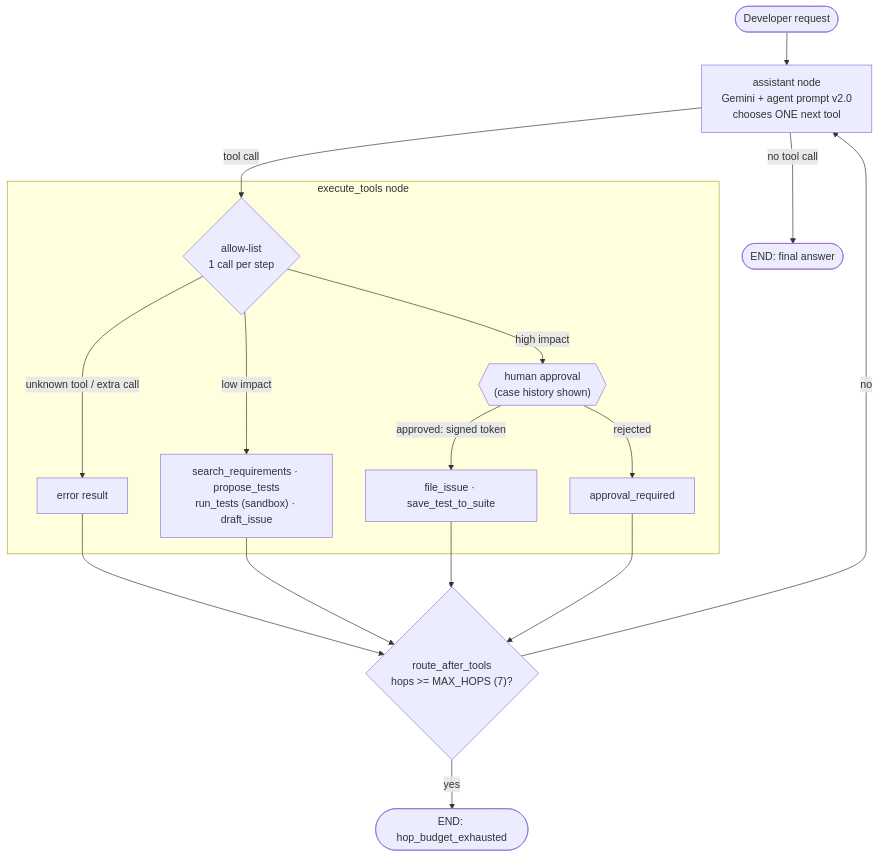
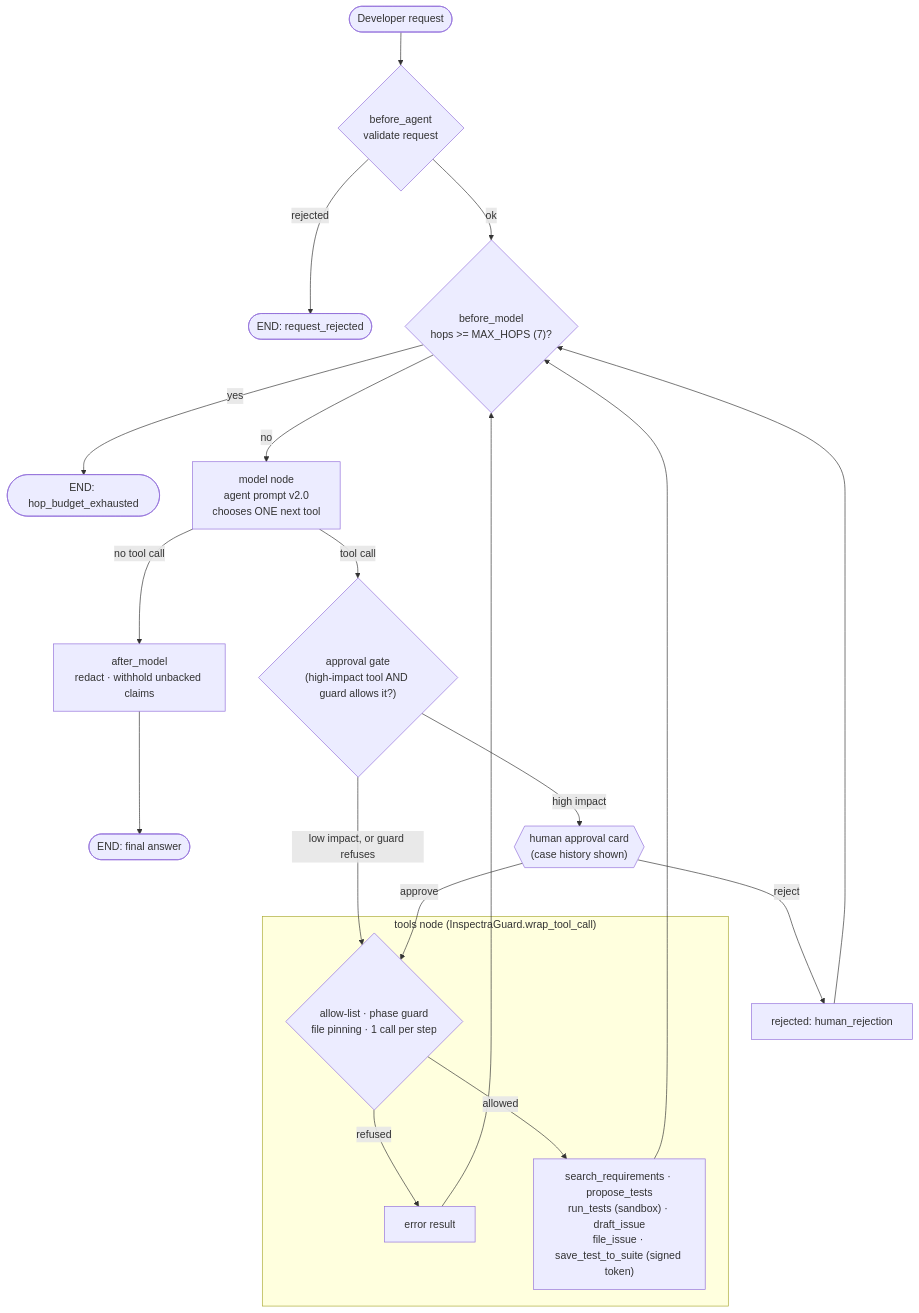
Before and after one commit to carltontrevor23/software-engineering-qa-agent: the diagram in docs/architecture/agent_task_contract.md, drawn with Mermaid. The commit also changed other lines of this file and 43 other files, not shown here.

````diff
--- a/docs/architecture/agent_task_contract.md
+++ b/docs/architecture/agent_task_contract.md
@@ -69,24 +70,28 @@
 ```mermaid
 flowchart TD
-    start([Developer request]) --> assistant
-    assistant["assistant node<br/>Gemini + agent prompt v2.0<br/>chooses ONE next tool"]
-    assistant -- "no tool call" --> done([END: final answer])
-    assistant -- "tool call" --> exec
+    start([Developer request]) --> valid{"before_agent<br/>validate request"}
+    valid -- "rejected" --> refused([END: request_rejected])
+    valid -- "ok" --> budget
+    budget{"before_model<br/>hops >= MAX_HOPS (7)?"}
+    budget -- "yes" --> stopped([END: hop_budget_exhausted])
+    budget -- "no" --> model["model node<br/>agent prompt v2.0<br/>chooses ONE next tool"]
+    model -- "no tool call" --> answer["after_model<br/>redact · withhold unbacked claims"]
+    answer --> done([END: final answer])
+    model -- "tool call" --> gate
 
-    subgraph exec_box["execute_tools node"]
-        exec{"allow-list<br/>1 call per step"}
-        exec -- "unknown tool / extra call" --> err["error result"]
-        exec -- "low impact" --> low["search_requirements · propose_tests<br/>run_tests (sandbox) · draft_issue"]
-        exec -- "high impact" --> gate{{"human approval<br/>(case history shown)"}}
-        gate -- "approved: signed token" --> high["file_issue · save_test_to_suite"]
-        gate -- "rejected" --> rej["approval_required"]
+    gate{"approval gate<br/>(high-impact tool AND guard allows it?)"}
+    gate -- "high impact" --> card{{"human approval card<br/>(case history shown)"}}
+    gate -- "low impact, or guard refuses" --> tools
+    card -- "approve" --> tools
+    card -- "reject" --> rej["rejected: human_rejection"]
+    rej --> budget
+
+    subgraph tools_box["tools node (InspectraGuard.wrap_tool_call)"]
+        tools{"allow-list · phase guard<br/>file pinning · 1 call per step"}
+        tools -- "refused" --> err["error result"]
+        tools -- "allowed" --> run["search_requirements · propose_tests<br/>run_tests (sandbox) · draft_issue<br/>file_issue · save_test_to_suite (signed token)"]
     end
 
-    err --> route
-    low --> route
-    high --> route
-    rej --> route
-    route{"route_after_tools<br/>hops >= MAX_HOPS (7)?"}
-    route -- "no" --> assistant
-    route -- "yes" --> stopped([END: hop_budget_exhausted])
+    err --> budget
+    run --> budget
 ```
````
